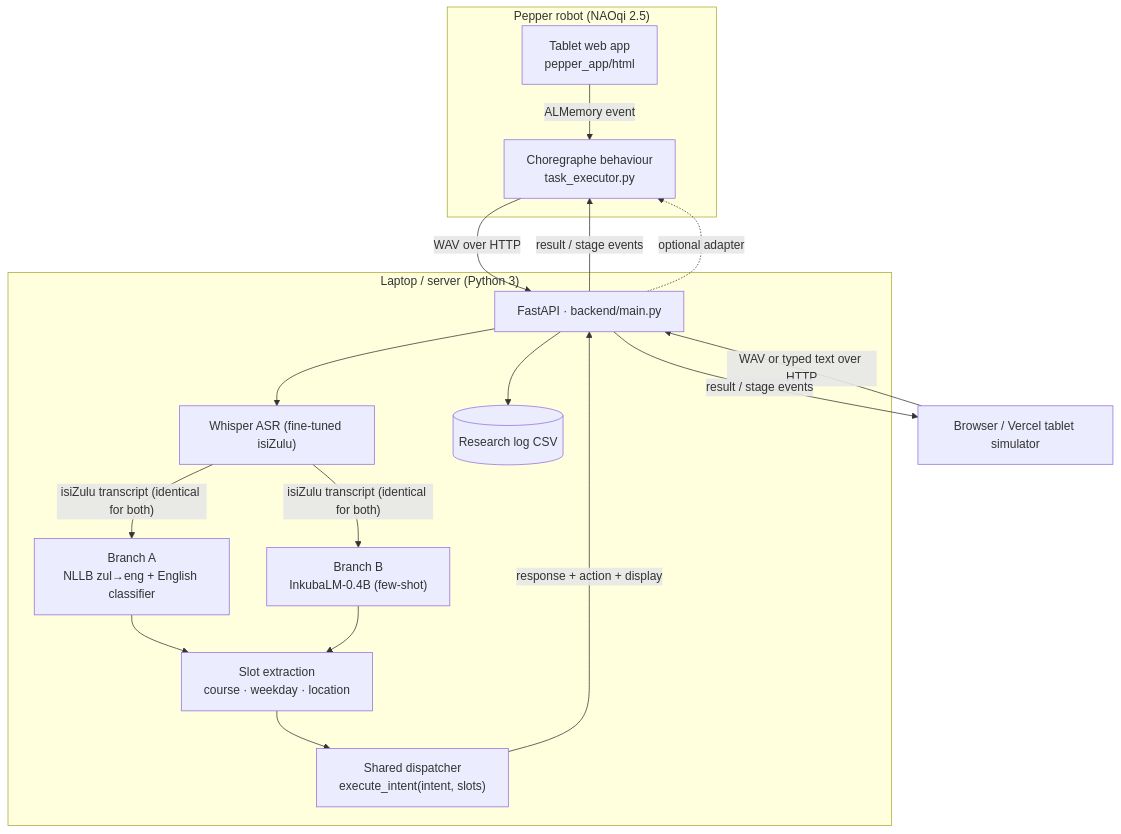
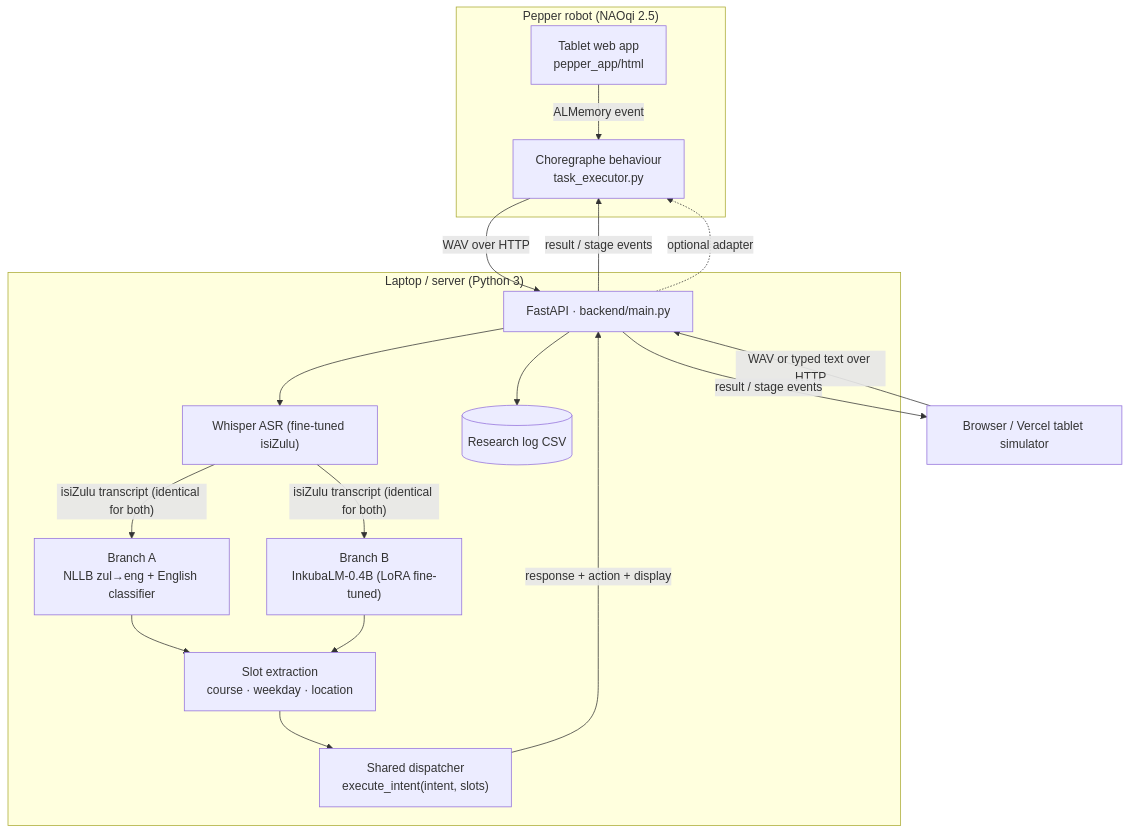
The diagram in README.md (kvmnisi/PhilaniPepper), drawn with Mermaid before and after one commit. The commit also changed other lines of this file and 9 other files, not shown here.

First line of the commit message:
Branch B: use the LoRA fine-tuned InkubaLM adapter from the Colab notebook

````diff
--- a/README.md
+++ b/README.md
@@ -43,30 +43,30 @@
 ```mermaid
 flowchart TD
     subgraph Pepper["Pepper robot (NAOqi 2.5)"]
         T["Tablet web app<br/>pepper_app/html"]
         X["Choregraphe behaviour<br/>task_executor.py"]
     end
     subgraph Laptop["Laptop / server (Python 3)"]
         API["FastAPI · backend/main.py"]
         ASR["Whisper ASR (fine-tuned isiZulu)"]
         A["Branch A<br/>NLLB zul→eng + English classifier"]
-        B["Branch B<br/>InkubaLM-0.4B (few-shot)"]
+        B["Branch B<br/>InkubaLM-0.4B (LoRA fine-tuned)"]
         S["Slot extraction<br/>course · weekday · location"]
         D["Shared dispatcher<br/>execute_intent(intent, slots)"]
         L[("Research log CSV")]
     end
     W["Browser / Vercel tablet simulator"]
 
     T -- "ALMemory event" --> X
     X -- "WAV over HTTP" --> API
     W -- "WAV or typed text over HTTP" --> API
     API --> ASR -- "isiZulu transcript (identical for both)" --> A & B
     A --> S
     B --> S
     S --> D
     D -- "response + action + display" --> API
     API -- "result / stage events" --> W
     API -- "result / stage events" --> X
     API -. "optional adapter" .-> X
     API --> L
 ```
````
